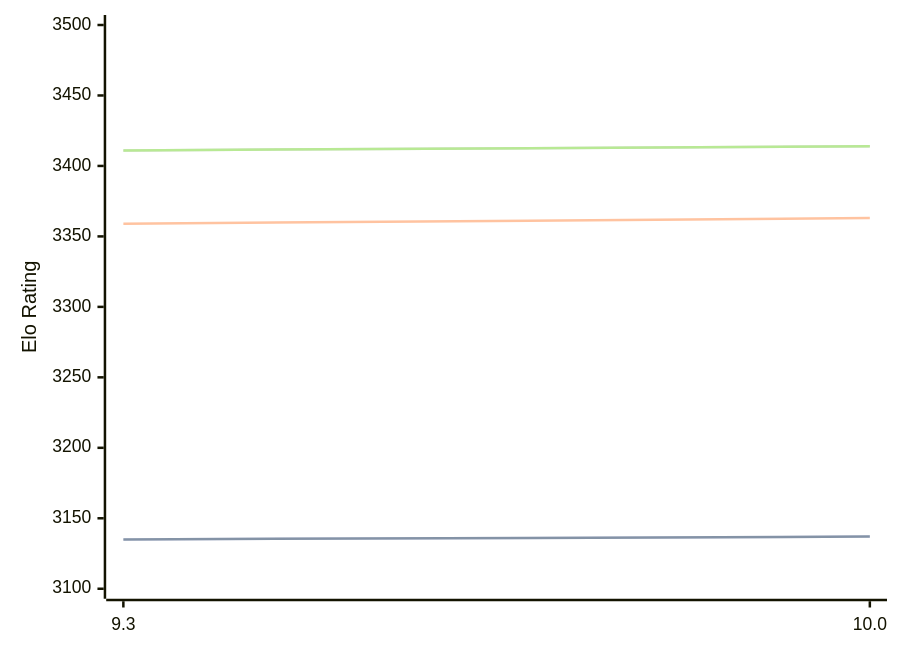
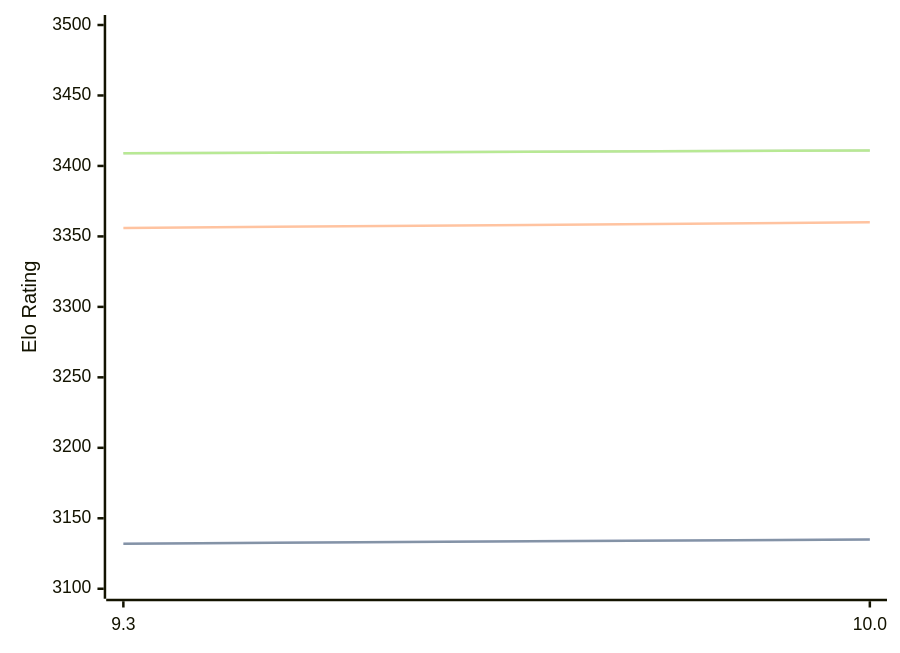
Before and after one commit to computer-chess-index/cci: the diagram in engines/Fire.md, drawn with Mermaid. The commit also changed other lines of this file, not shown here.

Commit message:
Update CCI Ratings (ELO VLTC) - 2026-06-08

````diff
--- a/engines/Fire.md
+++ b/engines/Fire.md
@@ -47,11 +47,11 @@
 ```mermaid
 %%{init: {"theme":"base","themeVariables":{"seriesColors:['#a3a3a3','#222221','#faa371']}}}%%
 xychart-beta
   x-axis ["9.3", "10.0"]
   y-axis "Elo Rating" 3100 --> 3500
-  line "STC (8.0+0.08s)" [3135, 3137]
-  line "STC (8.0+0.08s)" [3135, 3137]
-  line "LTC (60.0+0.60s)" [3359, 3363]
-  line "VLTC (2m24s+1.12s)" [3411, 3414]
-  line "VLTC (2m24s+1.12s)" [3411, 3414]
+  line "STC (8.0+0.08s)" [3132, 3135]
+  line "STC (8.0+0.08s)" [3132, 3135]
+  line "LTC (60.0+0.60s)" [3356, 3360]
+  line "VLTC (2m24s+1.12s)" [3409, 3411]
+  line "VLTC (2m24s+1.12s)" [3409, 3411]
 ```
````
